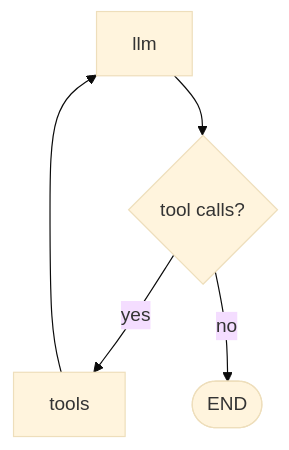
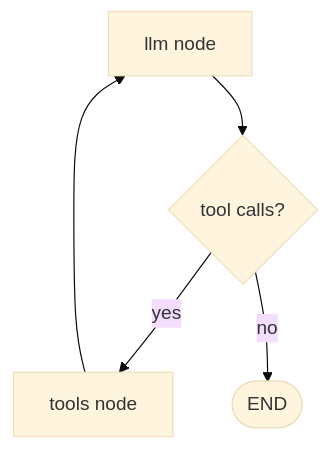
Before and after one commit to Walid-Ahmed/langgraph-tutorials: the second of 2 diagrams in 5-Workflows/00_augmented_llm.md, drawn with Mermaid (base theme). The commit also changed other lines of this file, not shown here.

Commit message:
Improve augmented LLM tools tutorial

````diff
--- a/5-Workflows/00_augmented_llm.md
+++ b/5-Workflows/00_augmented_llm.md
@@ -61,7 +53,7 @@
 ```mermaid
 flowchart TD
-    LLM["llm"] --> ROUTER{"tool calls?"}
-    ROUTER -->|yes| TOOLS["tools"]
+    LLM["llm node"] --> ROUTER{"tool calls?"}
+    ROUTER -->|yes| TOOLS["tools node"]
     TOOLS --> LLM
     ROUTER -->|no| END([END])
 ```
````
